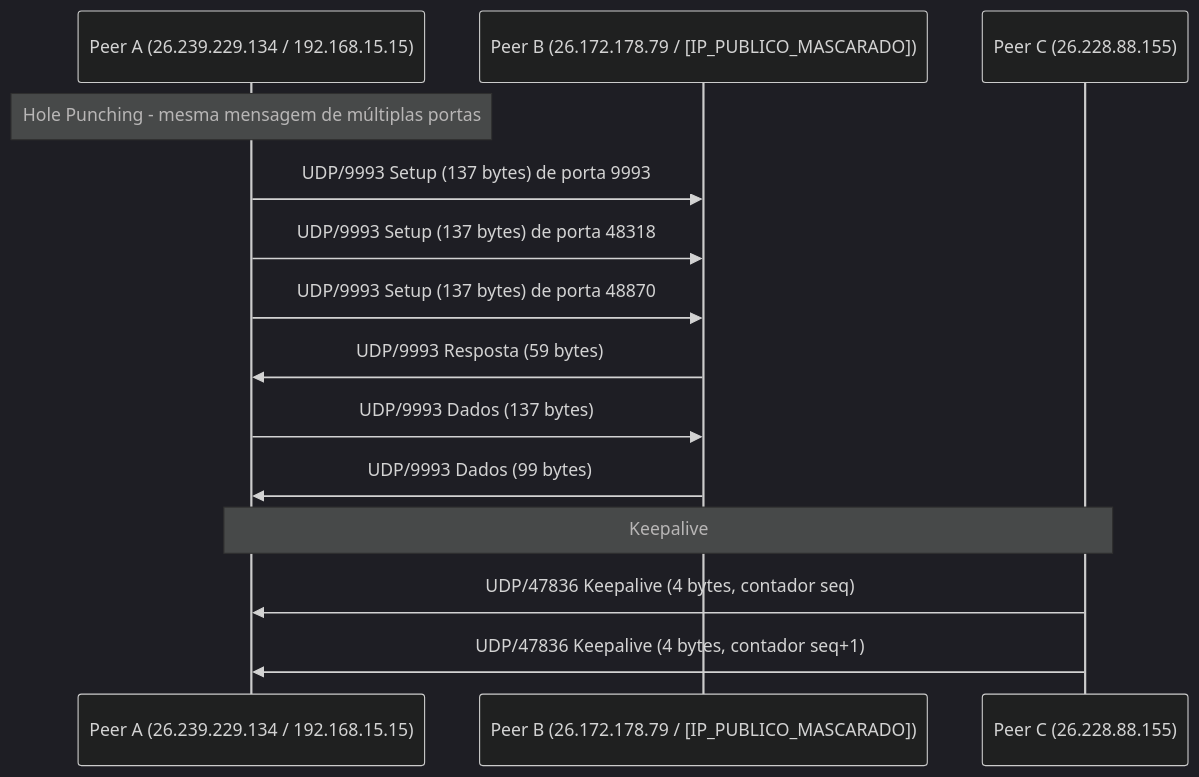
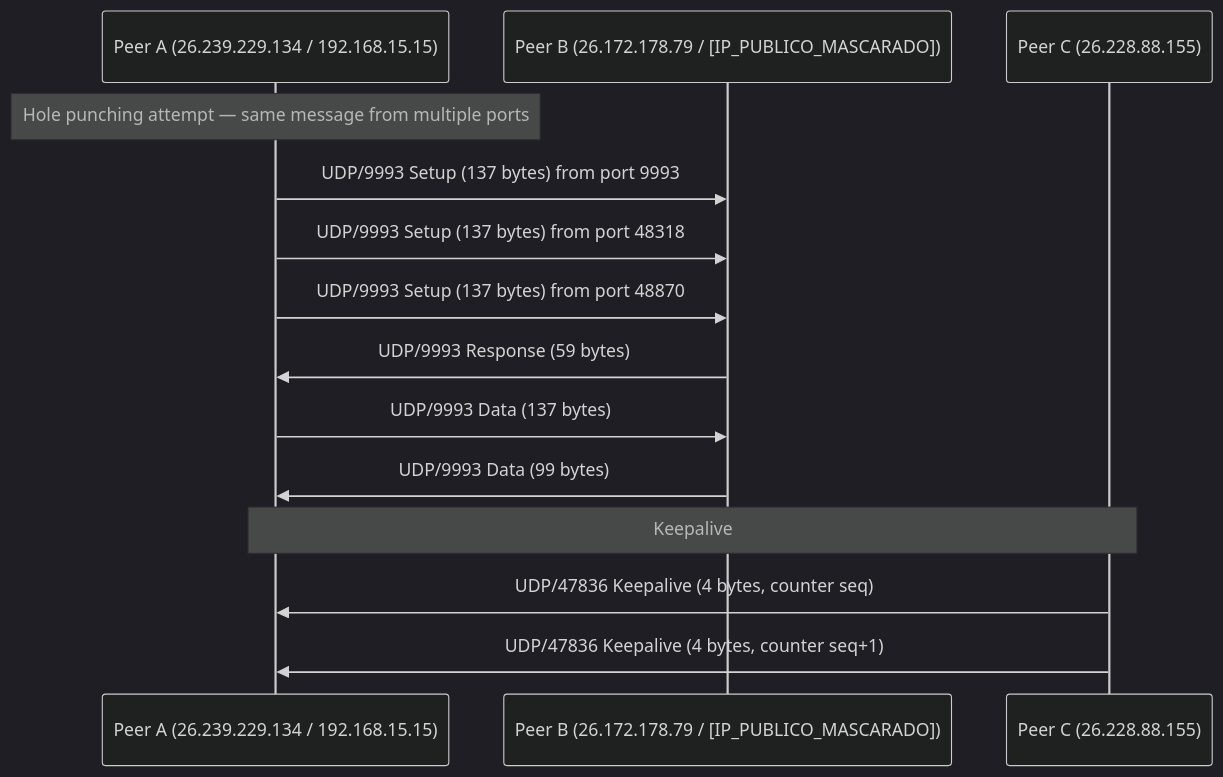
Before and after one commit to Pedrodroks34/radmin-vpn-linux-rs: the sixth of 6 diagrams in docs/PCAP_FLOW_MAP.md, drawn with Mermaid (dark theme). The commit also changed other lines of this file and 5 other files, not shown here.

````diff
--- a/docs/PCAP_FLOW_MAP.md
+++ b/docs/PCAP_FLOW_MAP.md
@@ -180,18 +181,18 @@
 ```mermaid
 sequenceDiagram
     participant A as Peer A (26.239.229.134 / 192.168.15.15)
     participant B as Peer B (26.172.178.79 / [IP_PUBLICO_MASCARADO])
 
-    note over A: Hole Punching - mesma mensagem de múltiplas portas
-    A->>B: UDP/9993 Setup (137 bytes) de porta 9993
-    A->>B: UDP/9993 Setup (137 bytes) de porta 48318
-    A->>B: UDP/9993 Setup (137 bytes) de porta 48870
-    B->>A: UDP/9993 Resposta (59 bytes)
-    A->>B: UDP/9993 Dados (137 bytes)
-    B->>A: UDP/9993 Dados (99 bytes)
-    
+    note over A: Hole punching attempt — same message from multiple ports
+    A->>B: UDP/9993 Setup (137 bytes) from port 9993
+    A->>B: UDP/9993 Setup (137 bytes) from port 48318
+    A->>B: UDP/9993 Setup (137 bytes) from port 48870
+    B->>A: UDP/9993 Response (59 bytes)
+    A->>B: UDP/9993 Data (137 bytes)
+    B->>A: UDP/9993 Data (99 bytes)
+
     note over A,P5: Keepalive
     participant P5 as Peer C (26.228.88.155)
-    P5->>A: UDP/47836 Keepalive (4 bytes, contador seq)
-    P5->>A: UDP/47836 Keepalive (4 bytes, contador seq+1)
+    P5->>A: UDP/47836 Keepalive (4 bytes, counter seq)
+    P5->>A: UDP/47836 Keepalive (4 bytes, counter seq+1)
 ```
````
